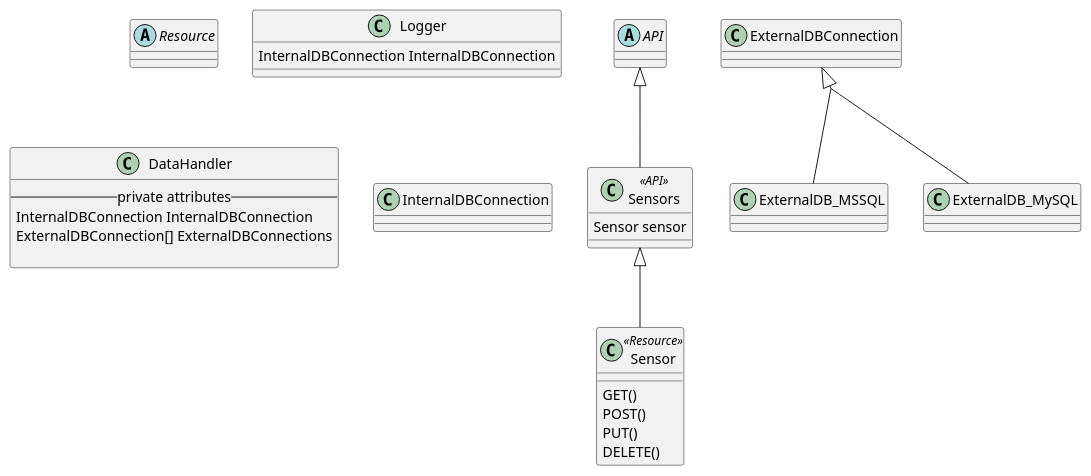
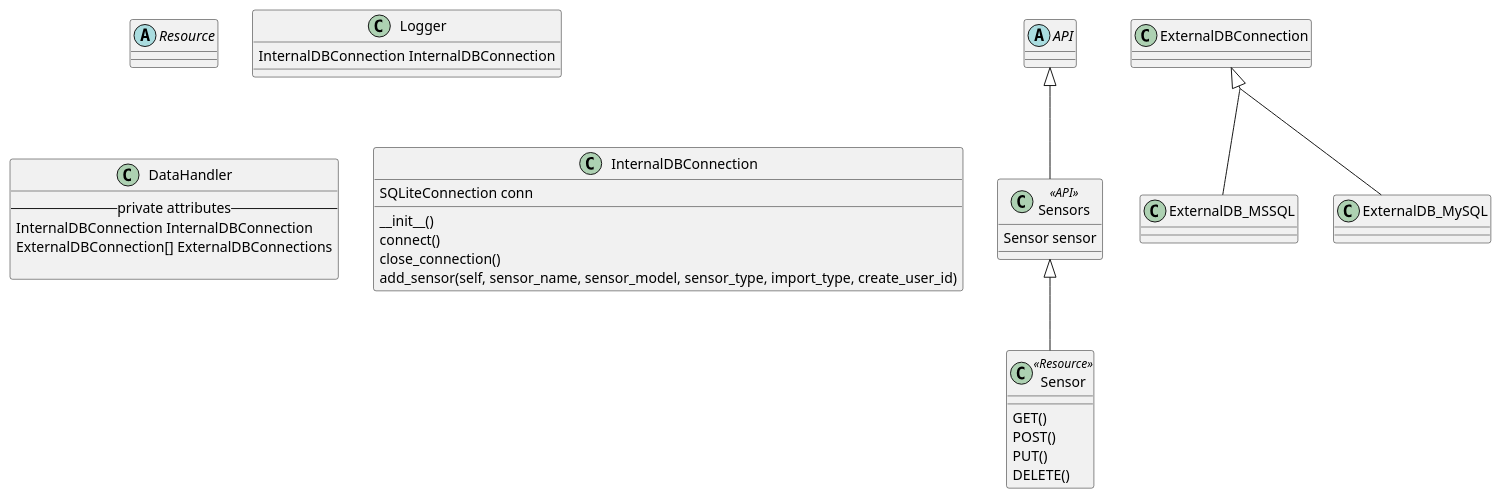
The diagram in Documentation/UML/SCC.puml (CharisGrubb/SensorCommandCenter), drawn with PlantUML before and after one commit.

Commit message:
UML definition updates

```diff
--- a/Documentation/UML/SCC.puml
+++ b/Documentation/UML/SCC.puml
@@ -1,44 +1,51 @@
 @startuml 
 skinparam groupInheritance 2
 
 
 
 abstract API{}
 abstract Resource{}
 
 
 
 
 class Sensors <<API>>{
     Sensor sensor
 }
 class Sensor <<Resource>>{
     GET()
     POST()
     PUT()
     DELETE()
 }
 
 class Logger{
     InternalDBConnection InternalDBConnection
 }
 
 class DataHandler{
     --private attributes--
     InternalDBConnection InternalDBConnection
     ExternalDBConnection[] ExternalDBConnections
 
 }
 
 API <|-- Sensors
 Sensors <|-- Sensor
 
-class InternalDBConnection{}
+class InternalDBConnection{
+    SQLiteConnection conn
+    __init__()
+    connect()
+    close_connection()
+    add_sensor(self, sensor_name, sensor_model, sensor_type, import_type, create_user_id)
+
+}
 class ExternalDBConnection {}
 class ExternalDB_MSSQL{}
 class ExternalDB_MySQL{}
 
 class ExternalDB_MSSQL extends ExternalDBConnection
 class ExternalDB_MySQL extends ExternalDBConnection
 
 @enduml
```
